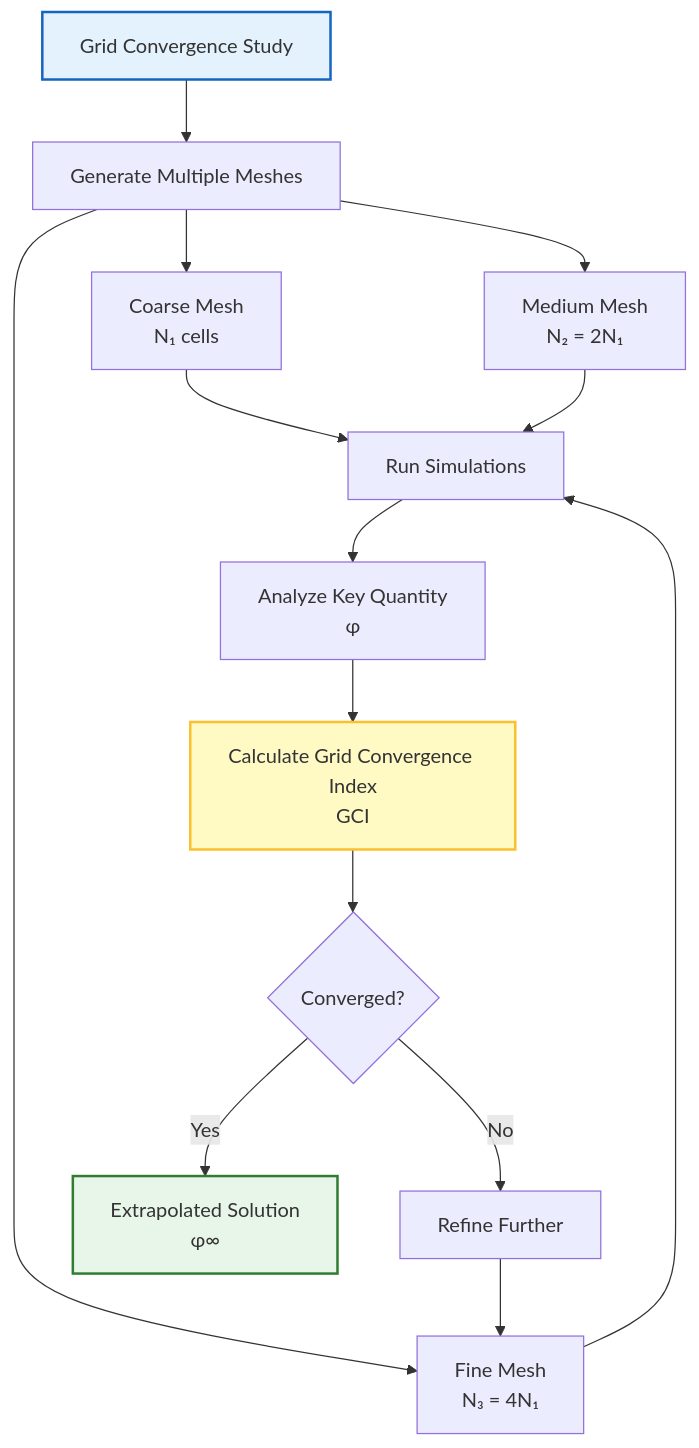
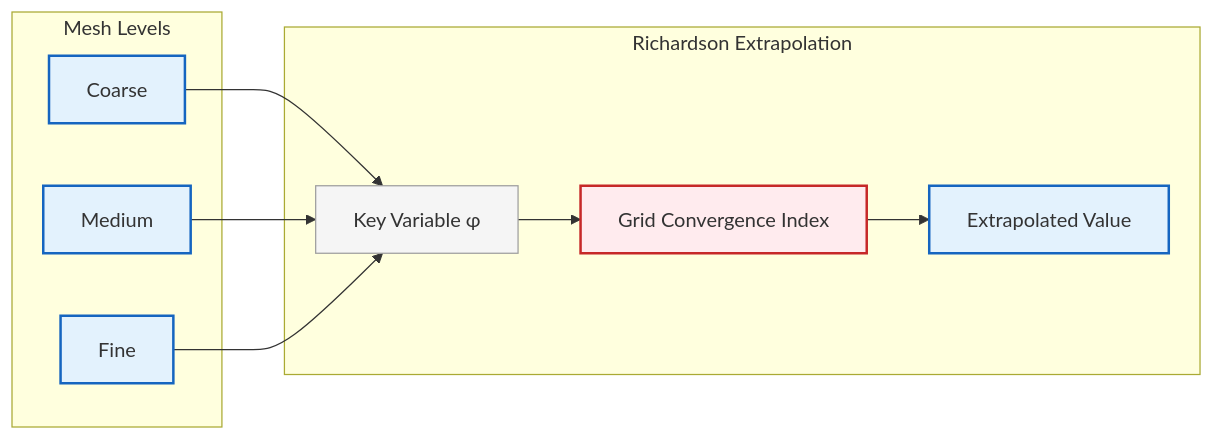
One commit to wramet/build-my-cfd changed the sixth of 6 diagrams in MODULE_01_CFD_FUNDAMENTALS/CONTENT/02_FINITE_VOLUME_METHOD/07_Best_Practices.md. Above: the diagram before and after it, drawn with Mermaid. The commit also changed other lines of this file and 313 other files, not shown here.

Commit message:
Revise all diagram

````diff
--- a/MODULE_01_CFD_FUNDAMENTALS/CONTENT/02_FINITE_VOLUME_METHOD/07_Best_Practices.md
+++ b/MODULE_01_CFD_FUNDAMENTALS/CONTENT/02_FINITE_VOLUME_METHOD/07_Best_Practices.md
@@ -1360,24 +1313,26 @@
 ```mermaid
-graph TD
-    A[Grid Convergence Study] --> B[Generate Multiple Meshes]
-    B --> C1[Coarse Mesh<br/>N₁ cells]
-    B --> C2[Medium Mesh<br/>N₂ = 2N₁]
-    B --> C3[Fine Mesh<br/>N₃ = 4N₁]
+graph LR
+%% Grid Convergence
+subgraph Meshes ["Mesh Levels"]
+M1["Coarse"]:::implicit
+M2["Medium"]:::implicit
+M3["Fine"]:::implicit
+end
 
-    C1 --> D[Run Simulations]
-    C2 --> D
-    C3 --> D
+subgraph Analysis ["Richardson Extrapolation"]
+Result["Key Variable φ"]:::context
+GCI["Grid Convergence Index"]:::explicit
+Exact["Extrapolated Value"]:::implicit
+end
 
-    D --> E[Analyze Key Quantity<br/>φ]
-    E --> F[Calculate Grid Convergence Index<br/>GCI]
+M1 --> Result
+M2 --> Result
+M3 --> Result
+Result --> GCI
+GCI --> Exact
 
-    F --> G{Converged?}
-    G -->|No| H[Refine Further]
-    G -->|Yes| I[Extrapolated Solution<br/>φ∞]
-
-    H --> C3
-
-    style A fill:#e3f2fd,stroke:#1565c0,stroke-width:2px
-    style F fill:#fff9c4,stroke:#fbc02d,stroke-width:2px
-    style I fill:#e8f5e9,stroke:#2e7d32,stroke-width:2px
+%% Classes
+classDef implicit fill:#e3f2fd,stroke:#1565c0,stroke-width:2px;
+classDef explicit fill:#ffebee,stroke:#c62828,stroke-width:2px;
+classDef context fill:#f5f5f5,stroke:#9e9e9e,stroke-width:1px;
 ```
````
